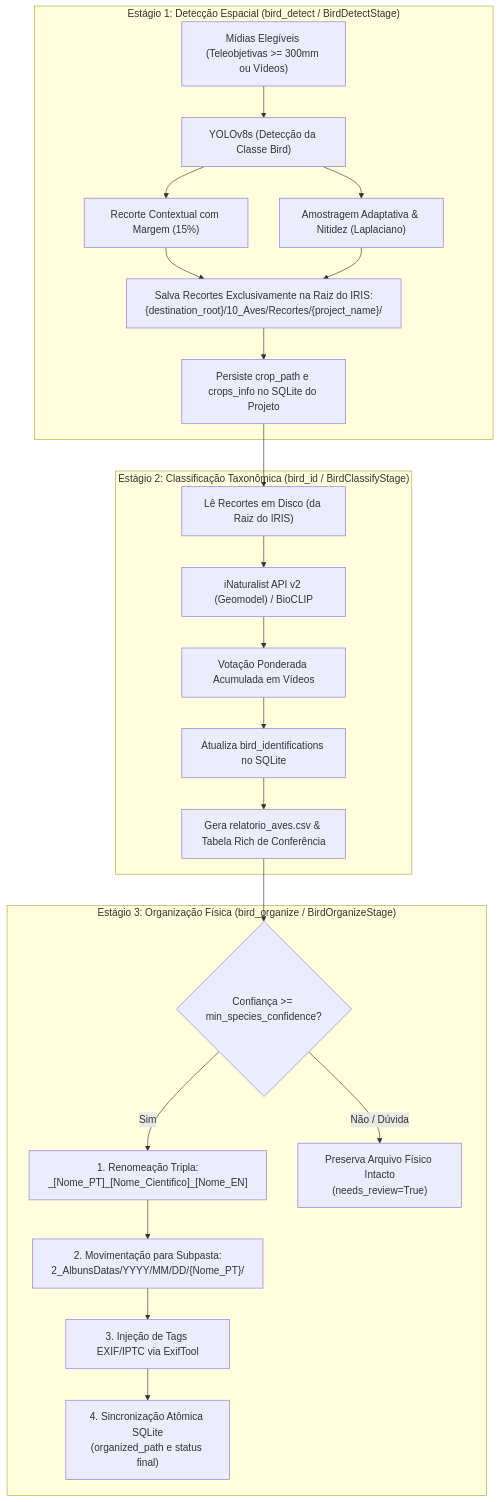
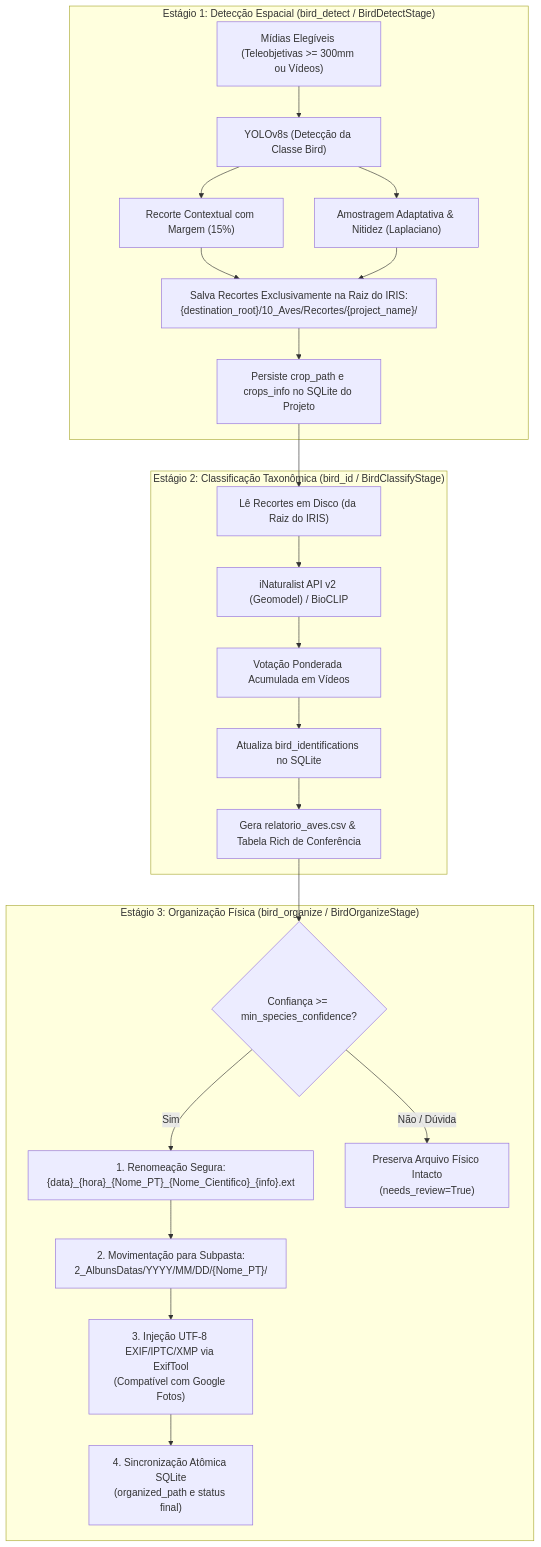
The diagram in docs/modulos/12-bird-id.md (felipeph/IRIS), drawn with Mermaid before and after one commit. The commit also changed other lines of this file and 4 other files, not shown here.

First line of the commit message:
feat(bird_id): reordenar renomeacao apos data/hora e corrigir acentuacao EXIF no Google Fotos

````diff
--- a/docs/modulos/12-bird-id.md
+++ b/docs/modulos/12-bird-id.md
@@ -9,45 +9,45 @@
 ```mermaid
 flowchart TD
     subgraph E1["Estágio 1: Detecção Espacial (bird_detect / BirdDetectStage)"]
         Media["Mídias Elegíveis (Teleobjetivas >= 300mm ou Vídeos)"]
         YOLO["YOLOv8s (Detecção da Classe Bird)"]
         CropPhotos["Recorte Contextual com Margem (15%)"]
         CropVideos["Amostragem Adaptativa & Nitidez (Laplaciano)"]
         SaveRoot["Salva Recortes Exclusivamente na Raiz do IRIS:\n{destination_root}/10_Aves/Recortes/{project_name}/"]
         DB1["Persiste crop_path e crops_info no SQLite do Projeto"]
         
         Media --> YOLO
         YOLO --> CropPhotos & CropVideos
         CropPhotos & CropVideos --> SaveRoot
         SaveRoot --> DB1
     end
 
     subgraph E2["Estágio 2: Classificação Taxonômica (bird_id / BirdClassifyStage)"]
         ReadCrops["Lê Recortes em Disco (da Raiz do IRIS)"]
         Classifier["iNaturalist API v2 (Geomodel) / BioCLIP"]
         VideoVote["Votação Ponderada Acumulada em Vídeos"]
         DB2["Atualiza bird_identifications no SQLite"]
         CSV["Gera relatorio_aves.csv & Tabela Rich de Conferência"]
         
         DB1 --> ReadCrops
         ReadCrops --> Classifier
         Classifier --> VideoVote
         VideoVote --> DB2
         DB2 --> CSV
     end
 
     subgraph E3["Estágio 3: Organização Física (bird_organize / BirdOrganizeStage)"]
         CheckGate{"Confiança >= min_species_confidence?"}
-        Rename["1. Renomeação Tripla:\n_[Nome_PT]_[Nome_Cientifico]_[Nome_EN]"]
+        Rename["1. Renomeação Segura:\n{data}_{hora}_{Nome_PT}_{Nome_Cientifico}_{info}.ext"]
         Subfolder["2. Movimentação para Subpasta:\n2_AlbunsDatas/YYYY/MM/DD/{Nome_PT}/"]
-        EXIF["3. Injeção de Tags EXIF/IPTC via ExifTool"]
+        EXIF["3. Injeção UTF-8 EXIF/IPTC/XMP via ExifTool\n(Compatível com Google Fotos)"]
         DB3["4. Sincronização Atômica SQLite\n(organized_path e status final)"]
         
         CSV --> CheckGate
         CheckGate -->|Sim| Rename
         Rename --> Subfolder
         Subfolder --> EXIF
         EXIF --> DB3
         CheckGate -->|Não / Dúvida| Skip["Preserva Arquivo Físico Intacto\n(needs_review=True)"]
     end
 ```
````
